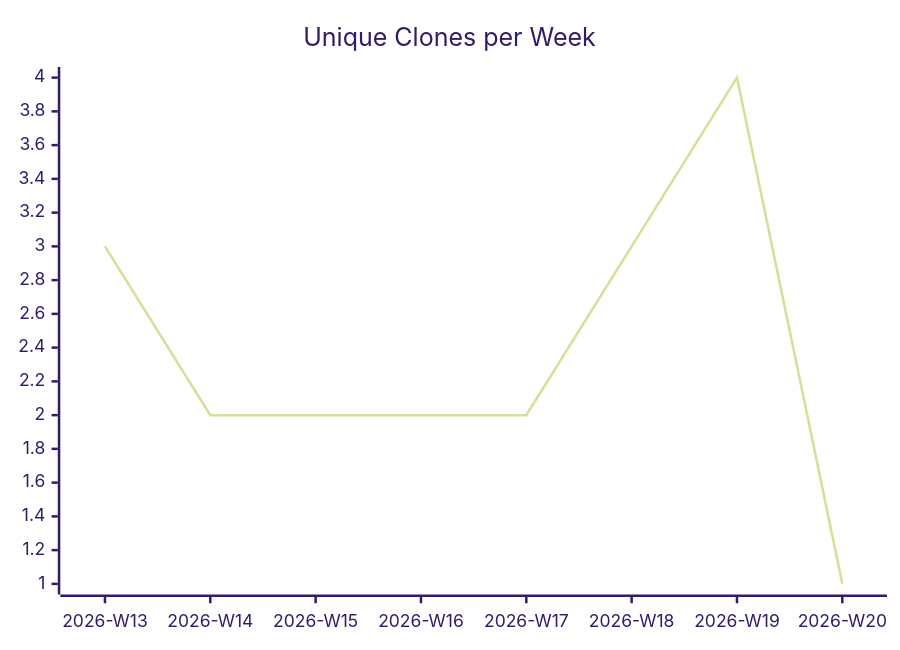
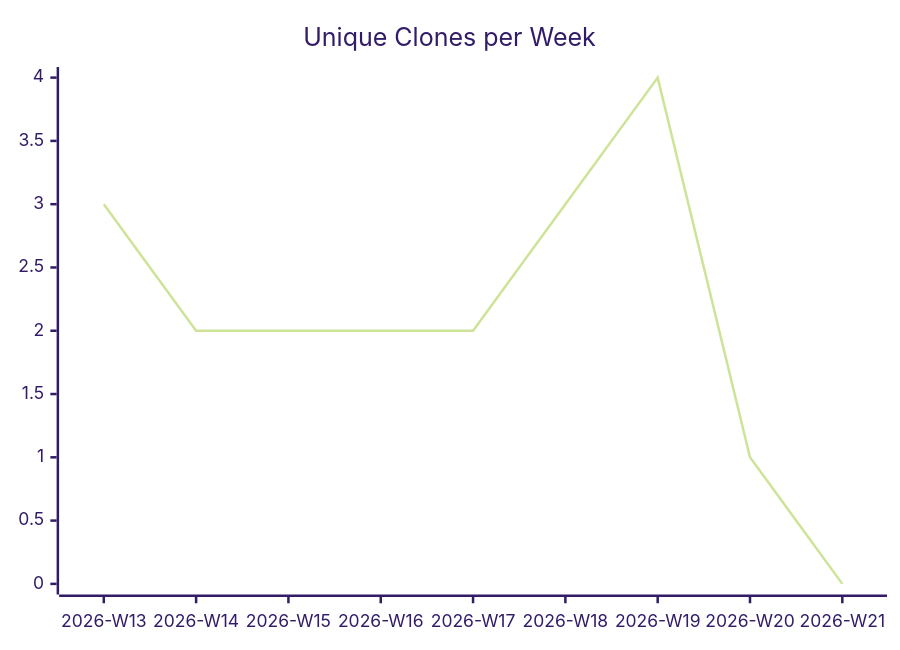
One commit to justdavis-family/github-analytics-data changed the third of 3 diagrams in karlmdavis/can-i-kayak-baltimore/README.md. Above: the diagram before and after it, drawn with Mermaid (forest theme). The commit also changed other lines of this file and 189 other files, not shown here.

````diff
--- a/karlmdavis/can-i-kayak-baltimore/README.md
+++ b/karlmdavis/can-i-kayak-baltimore/README.md
@@ -19,6 +19,6 @@
 ```mermaid
 xychart-beta
   title "Unique Clones per Week"
-  x-axis ["2026-W13", "2026-W14", "2026-W15", "2026-W16", "2026-W17", "2026-W18", "2026-W19", "2026-W20"]
-  line [3, 2, 2, 2, 2, 3, 4, 1]
+  x-axis ["2026-W13", "2026-W14", "2026-W15", "2026-W16", "2026-W17", "2026-W18", "2026-W19", "2026-W20", "2026-W21"]
+  line [3, 2, 2, 2, 2, 3, 4, 1, 0]
 ```
````
